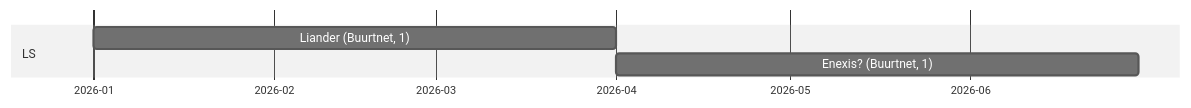
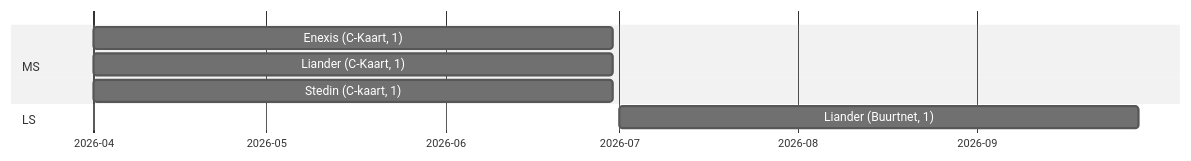
Before and after one commit to Netbeheer-Nederland/presentations: the fifth of 5 diagrams in presentatie_profile_group-20250113/index.adoc, drawn with Mermaid. The commit also changed other lines of this file and 5 other files, not shown here.

```diff
--- a/presentatie_profile_group-20250113/index.adoc
+++ b/presentatie_profile_group-20250113/index.adoc
@@ -109,11 +154,15 @@
 [mermaid]
 ----
 %%{init: {"theme":"neutral"}}%%
 gantt
     dateFormat  YYYY-MM-DD
     axisFormat  %Y-%m
 
+    section MS
+    Enexis (C-Kaart, 1) :2026-04-01, 90d
+    Liander (C-Kaart, 1) :2026-04-01, 90d
+    Stedin (C-kaart, 1) :2026-04-01, 90d
+
     section LS
-    Liander (Buurtnet, 1) :2026-01-01, 90d
-    Enexis? (Buurtnet, 1) :2026-04-01, 90d
+    Liander (Buurtnet, 1) :2026-07-01, 90d
 ----
```
